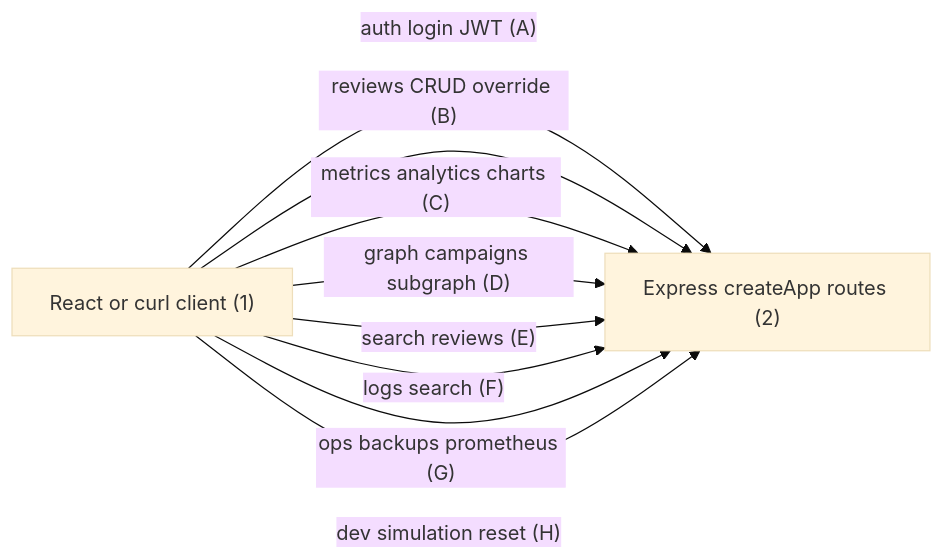
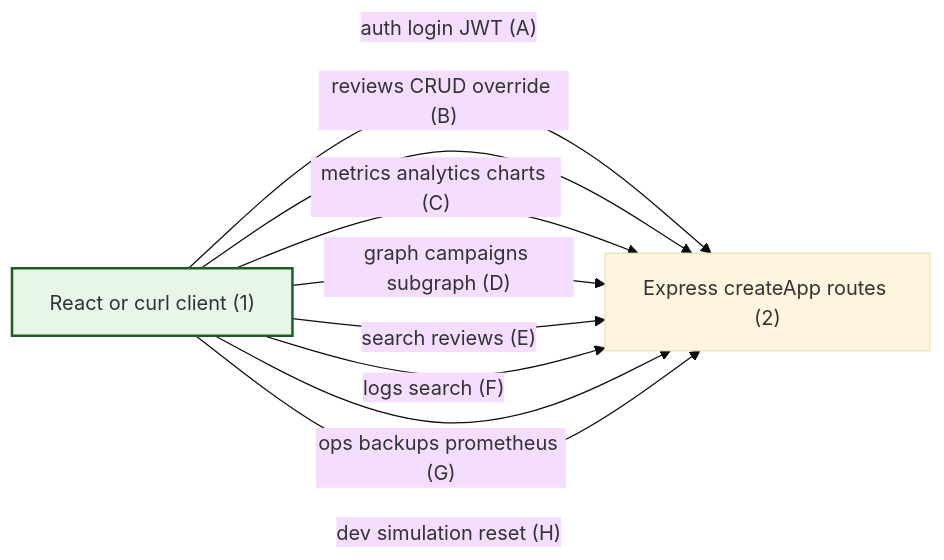
Before and after one commit to OferElboher/suspicious-email-triage: the diagram in docs/diagrams/system-flow-02-rest-api.mmd, drawn with Mermaid (base theme). The commit also changed 20 other files, not shown here.

First line of the commit message:
Fix Django admin login, graph export, and analytics axis labels.

```diff
--- a/docs/diagrams/system-flow-02-rest-api.mmd
+++ b/docs/diagrams/system-flow-02-rest-api.mmd
@@ -1,12 +1,16 @@
 flowchart LR
+  classDef flowEntry fill:#e8f5e9,stroke:#1b5e20,stroke-width:2px
+
   UI["React or curl client (1)"]
   API["Express createApp routes (2)"]
 
   UI -->|"auth login JWT (A)"| API
   UI -->|"reviews CRUD override (B)"| API
   UI -->|"metrics analytics charts (C)"| API
   UI -->|"graph campaigns subgraph (D)"| API
   UI -->|"search reviews (E)"| API
   UI -->|"logs search (F)"| API
   UI -->|"ops backups prometheus (G)"| API
   UI -->|"dev simulation reset (H)"| API
+
+  class UI flowEntry
```
